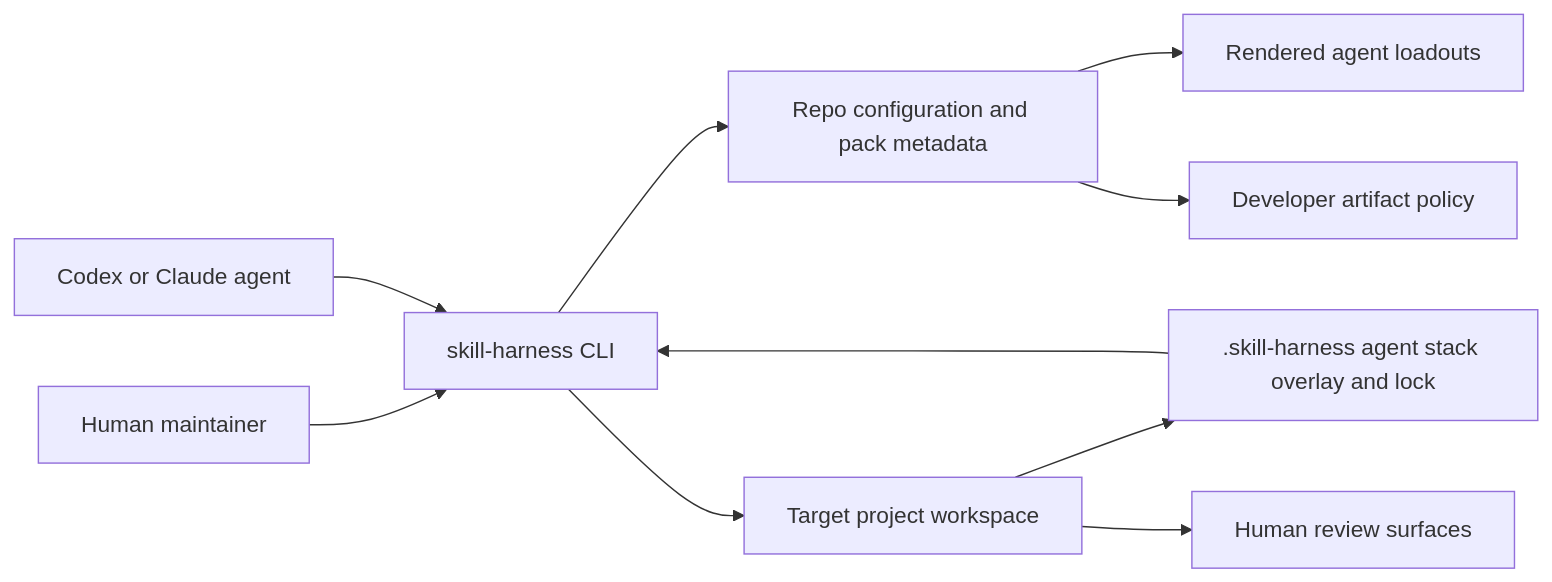
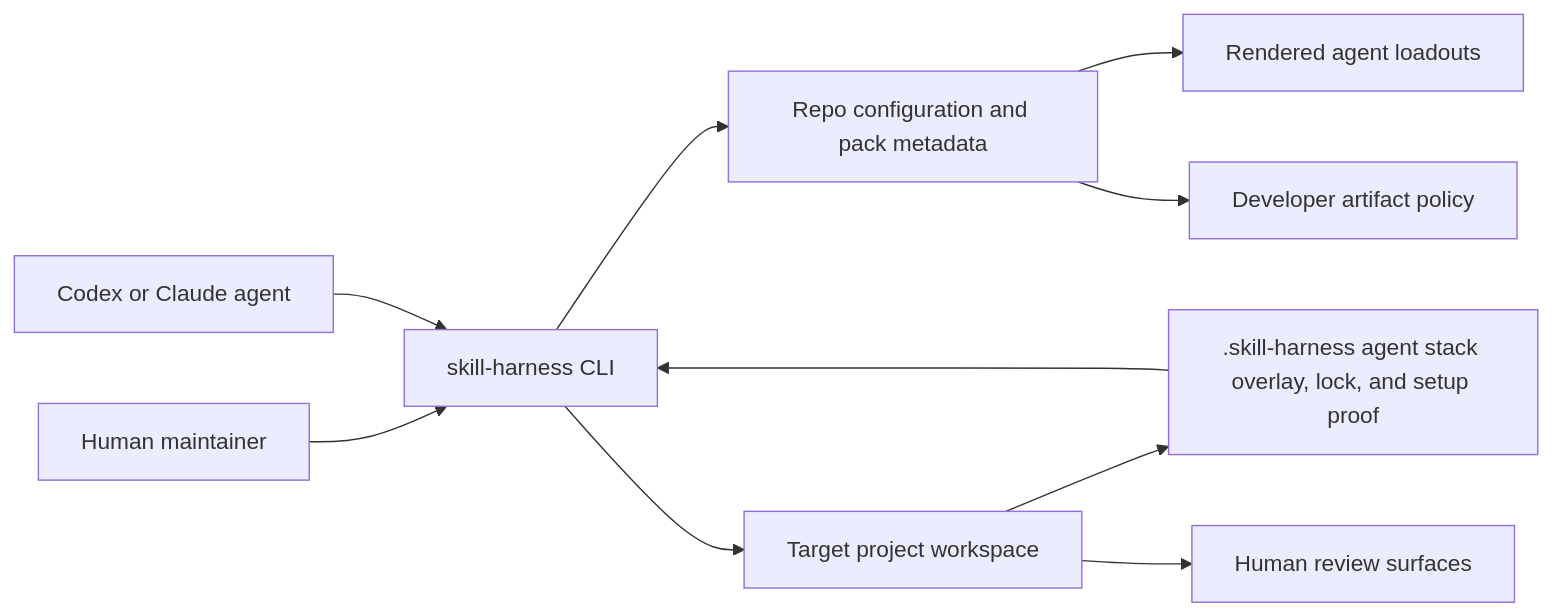
The diagram in docs/artifacts/source/models/sh-system-context.md (45ck/skill-harness), drawn with Mermaid before and after one commit. The commit also changed other lines of this file and 24 other files, not shown here.

````diff
--- a/docs/artifacts/source/models/sh-system-context.md
+++ b/docs/artifacts/source/models/sh-system-context.md
@@ -43,12 +43,12 @@
 ```mermaid
 flowchart LR
   Human["Human maintainer"] --> CLI["skill-harness CLI"]
   Agent["Codex or Claude agent"] --> CLI
   CLI --> Config["Repo configuration and pack metadata"]
   CLI --> Target["Target project workspace"]
-  Target --> Stack[".skill-harness agent stack overlay and lock"]
+  Target --> Stack[".skill-harness agent stack overlay, lock, and setup proof"]
   Stack --> CLI
   Config --> Agents["Rendered agent loadouts"]
   Config --> Artifacts["Developer artifact policy"]
   Target --> Review["Human review surfaces"]
 ```
````
